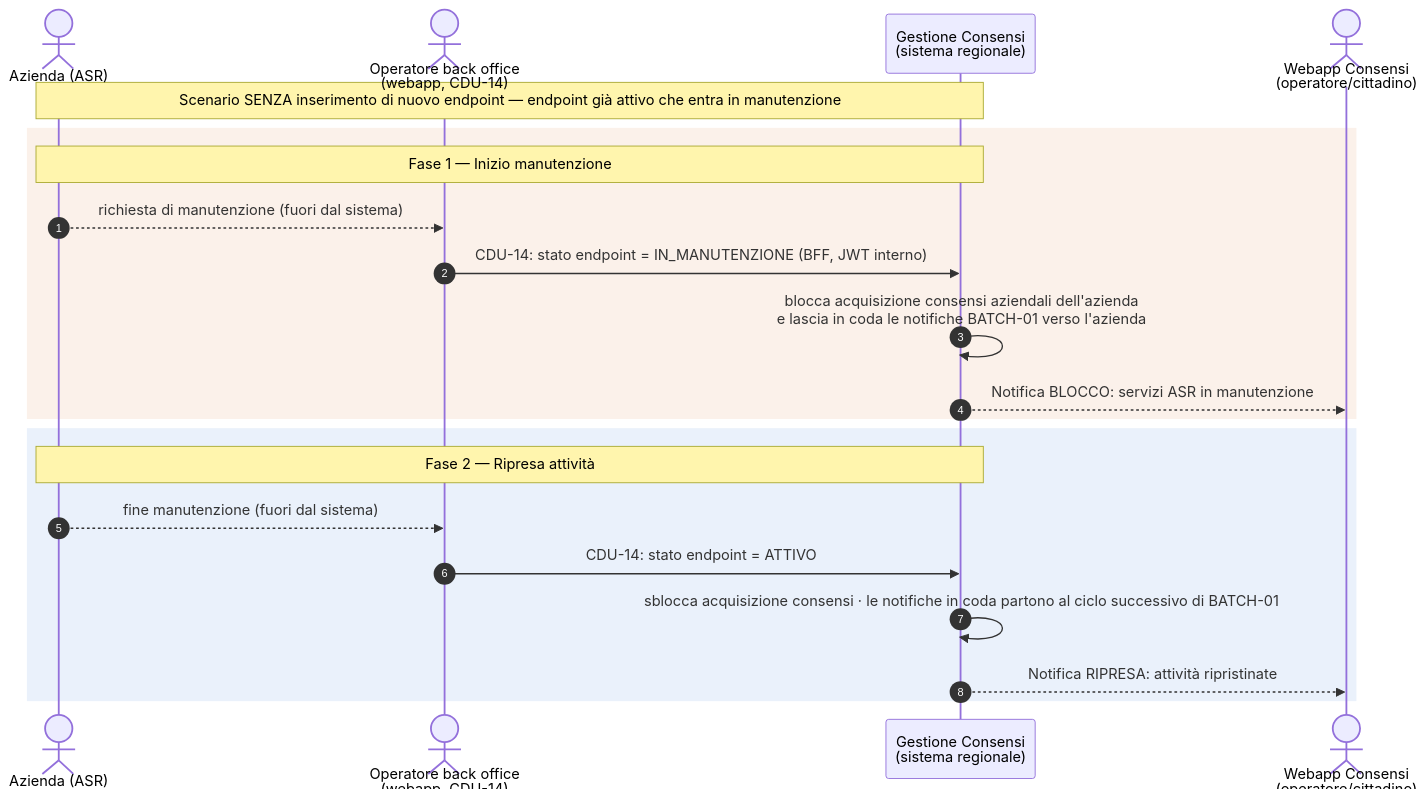
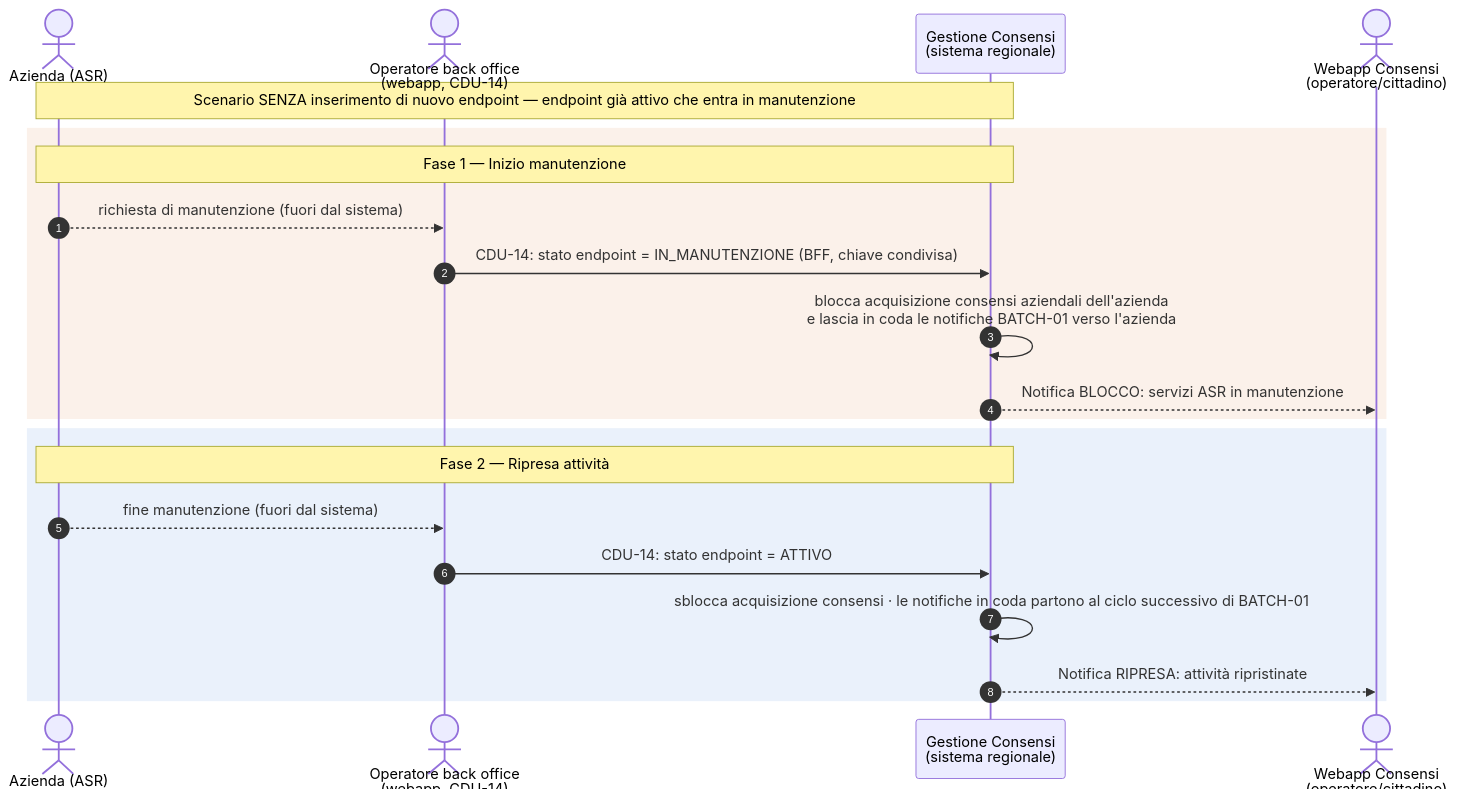
Before and after one commit to caccu/srs_cons_git_exprivia: the first of 2 diagrams in src/site/notes/Manutenzione-endpoint_diagramma-sequenza.md, drawn with Mermaid. The commit also changed other lines of this file and 15 other files, not shown here.

````diff
--- a/src/site/notes/Manutenzione-endpoint_diagramma-sequenza.md
+++ b/src/site/notes/Manutenzione-endpoint_diagramma-sequenza.md
@@ -22,26 +22,26 @@
 ```mermaid
 sequenceDiagram
     autonumber
     actor AZ as Azienda (ASR)
     actor OP as Operatore back office<br/>(webapp, CDU-14)
     participant GC as Gestione Consensi<br/>(sistema regionale)
     actor WEB as Webapp Consensi<br/>(operatore/cittadino)
 
     Note over AZ,GC: Scenario SENZA inserimento di nuovo endpoint — endpoint già attivo che entra in manutenzione
 
     rect rgb(251,241,234)
     Note over AZ,GC: Fase 1 — Inizio manutenzione
     AZ-->>OP: richiesta di manutenzione (fuori dal sistema)
-    OP->>GC: CDU-14: stato endpoint = IN_MANUTENZIONE (BFF, JWT interno)
+    OP->>GC: CDU-14: stato endpoint = IN_MANUTENZIONE (BFF, chiave condivisa)
     GC->>GC: blocca acquisizione consensi aziendali dell'azienda<br/>e lascia in coda le notifiche BATCH-01 verso l'azienda
     GC-->>WEB: Notifica BLOCCO: servizi ASR in manutenzione
     end
 
     rect rgb(234,241,251)
     Note over AZ,GC: Fase 2 — Ripresa attività
     AZ-->>OP: fine manutenzione (fuori dal sistema)
     OP->>GC: CDU-14: stato endpoint = ATTIVO
     GC->>GC: sblocca acquisizione consensi · le notifiche in coda partono al ciclo successivo di BATCH-01
     GC-->>WEB: Notifica RIPRESA: attività ripristinate
     end
 ```
````
